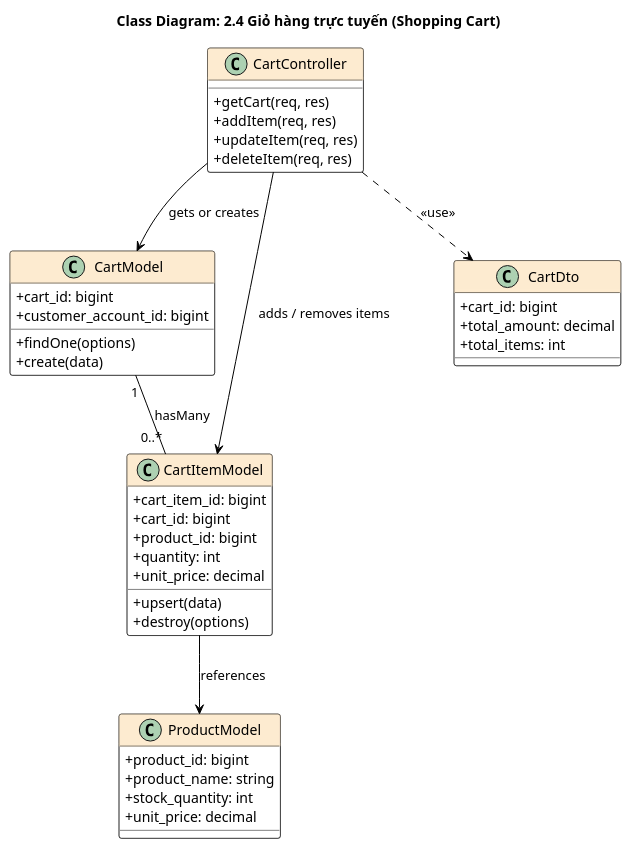
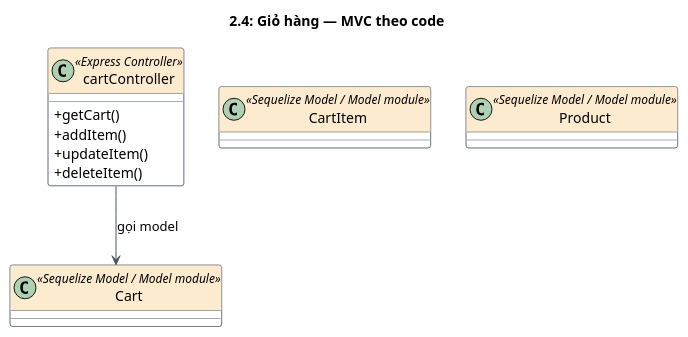
Before and after one commit to chuoois/FS-SIMS: the fourth of 14 diagrams in docs/classdiagrams.md, drawn with PlantUML. The commit also changed other lines of this file and 8 other files, not shown here.

````diff
--- a/docs/classdiagrams.md
+++ b/docs/classdiagrams.md
@@ -194,55 +145,26 @@
 ```plantuml
 @startuml
 skinparam classAttributeIconSize 0
 skinparam class {
-    BackgroundColor White
-    BorderColor Black
-    ArrowColor Black
-    HeaderBackgroundColor #FDEBD0
+  BackgroundColor White
+  BorderColor #475569
+  ArrowColor #475569
+  HeaderBackgroundColor #FDEBD0
 }
-title Class Diagram: 2.4 Giỏ hàng trực tuyến (Shopping Cart)
+title 2.4: Giỏ hàng — MVC theo code
 
-class CartController {
-  +getCart(req, res)
-  +addItem(req, res)
-  +updateItem(req, res)
-  +deleteItem(req, res)
+class cartController <<Express Controller>> {
+  +getCart()
+  +addItem()
+  +updateItem()
+  +deleteItem()
 }
 
-class CartModel {
-  +cart_id: bigint
-  +customer_account_id: bigint
-  +findOne(options)
-  +create(data)
-}
+class Cart <<Sequelize Model / Model module>>
 
-class CartItemModel {
-  +cart_item_id: bigint
-  +cart_id: bigint
-  +product_id: bigint
-  +quantity: int
-  +unit_price: decimal
-  +upsert(data)
-  +destroy(options)
-}
+class CartItem <<Sequelize Model / Model module>>
 
-class ProductModel {
-  +product_id: bigint
-  +product_name: string
-  +stock_quantity: int
-  +unit_price: decimal
-}
-
-class CartDto {
-  +cart_id: bigint
-  +total_amount: decimal
-  +total_items: int
-}
-
-CartController --> CartModel : gets or creates
-CartController --> CartItemModel : adds / removes items
-CartItemModel --> ProductModel : references
-CartModel "1" -- "0..*" CartItemModel : hasMany
-CartController ..> CartDto : <<use>>
+class Product <<Sequelize Model / Model module>>
+cartController --> Cart : gọi model
 @enduml
 ```
````
